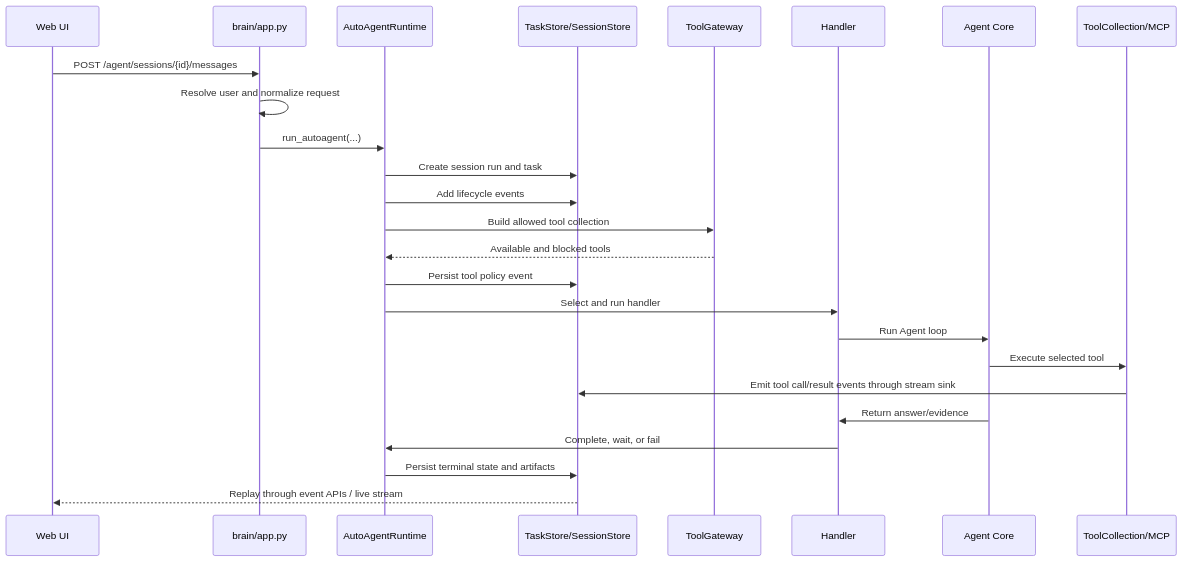
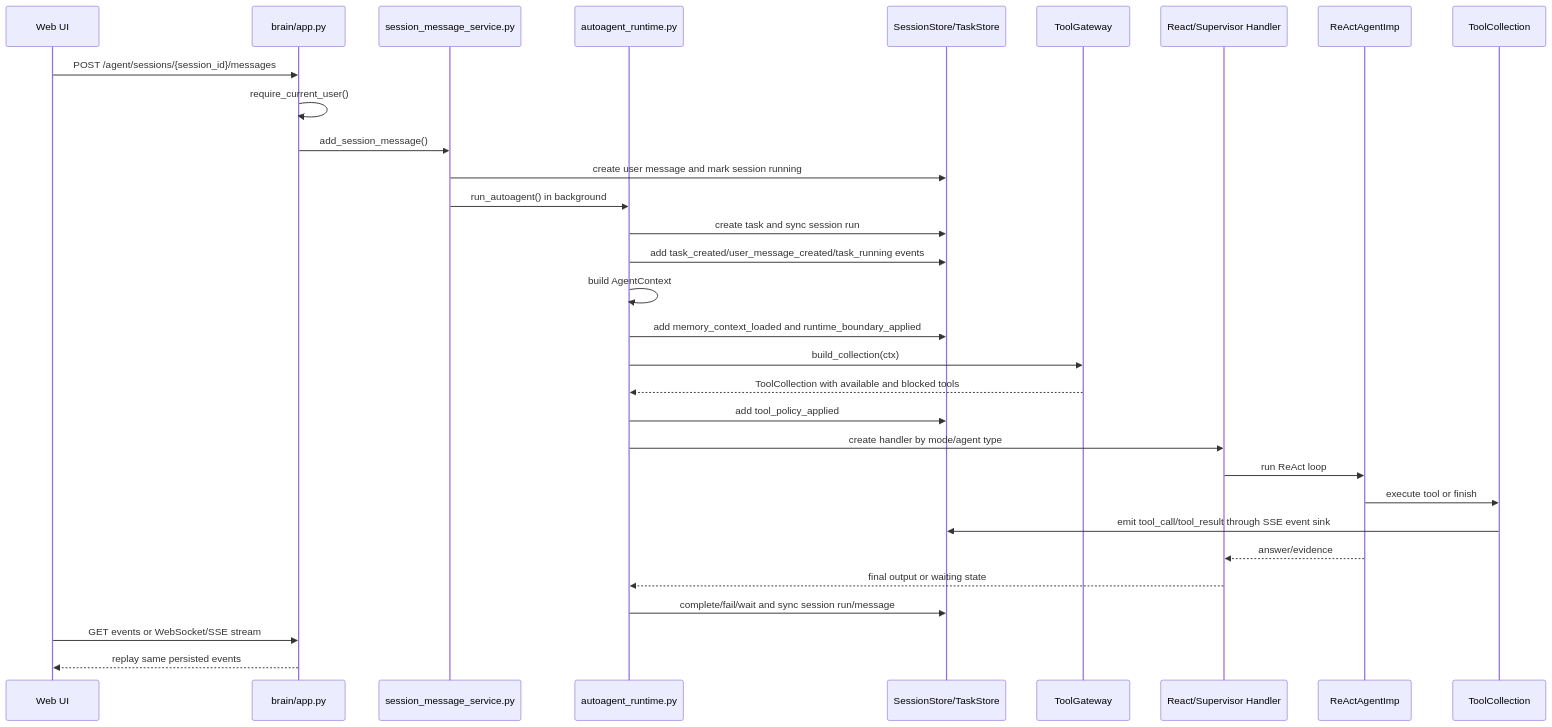
The third of 9 diagrams in docs/agent-runtime-architecture.md (youkuxiaobin/task-pilot-agent), drawn with Mermaid before and after one commit. The commit also changed other lines of this file and 7 other files, not shown here.

Commit message:
Refactor task pilot runtime and tool handling

````diff
--- a/docs/agent-runtime-architecture.md
+++ b/docs/agent-runtime-architecture.md
@@ -275,28 +110,34 @@
 ```mermaid
 sequenceDiagram
-  participant Web as Web UI
+  participant UI as Web UI
   participant API as brain/app.py
-  participant Runtime as AutoAgentRuntime
-  participant Store as TaskStore/SessionStore
+  participant MsgSvc as session_message_service.py
+  participant Runtime as autoagent_runtime.py
+  participant Stores as SessionStore/TaskStore
   participant Gateway as ToolGateway
-  participant Handler as Handler
-  participant Agent as Agent Core
-  participant Tools as ToolCollection/MCP
+  participant Handler as React/Supervisor Handler
+  participant Agent as ReActAgentImp
+  participant Tools as ToolCollection
 
-  Web->>API: POST /agent/sessions/{id}/messages
-  API->>API: Resolve user and normalize request
-  API->>Runtime: run_autoagent(...)
-  Runtime->>Store: Create session run and task
-  Runtime->>Store: Add lifecycle events
-  Runtime->>Gateway: Build allowed tool collection
-  Gateway-->>Runtime: Available and blocked tools
-  Runtime->>Store: Persist tool policy event
-  Runtime->>Handler: Select and run handler
-  Handler->>Agent: Run Agent loop
-  Agent->>Tools: Execute selected tool
-  Tools->>Store: Emit tool call/result events through stream sink
-  Agent->>Handler: Return answer/evidence
-  Handler->>Runtime: Complete, wait, or fail
-  Runtime->>Store: Persist terminal state and artifacts
-  Store-->>Web: Replay through event APIs / live stream
+  UI->>API: POST /agent/sessions/{session_id}/messages
+  API->>API: require_current_user()
+  API->>MsgSvc: add_session_message()
+  MsgSvc->>Stores: create user message and mark session running
+  MsgSvc->>Runtime: run_autoagent() in background
+  Runtime->>Stores: create task and sync session run
+  Runtime->>Stores: add task_created/user_message_created/task_running events
+  Runtime->>Runtime: build AgentContext
+  Runtime->>Stores: add memory_context_loaded and runtime_boundary_applied
+  Runtime->>Gateway: build_collection(ctx)
+  Gateway-->>Runtime: ToolCollection with available and blocked tools
+  Runtime->>Stores: add tool_policy_applied
+  Runtime->>Handler: create handler by mode/agent type
+  Handler->>Agent: run ReAct loop
+  Agent->>Tools: execute tool or finish
+  Tools->>Stores: emit tool_call/tool_result through SSE event sink
+  Agent-->>Handler: answer/evidence
+  Handler-->>Runtime: final output or waiting state
+  Runtime->>Stores: complete/fail/wait and sync session run/message
+  UI->>API: GET events or WebSocket/SSE stream
+  API-->>UI: replay same persisted events
 ```
````
